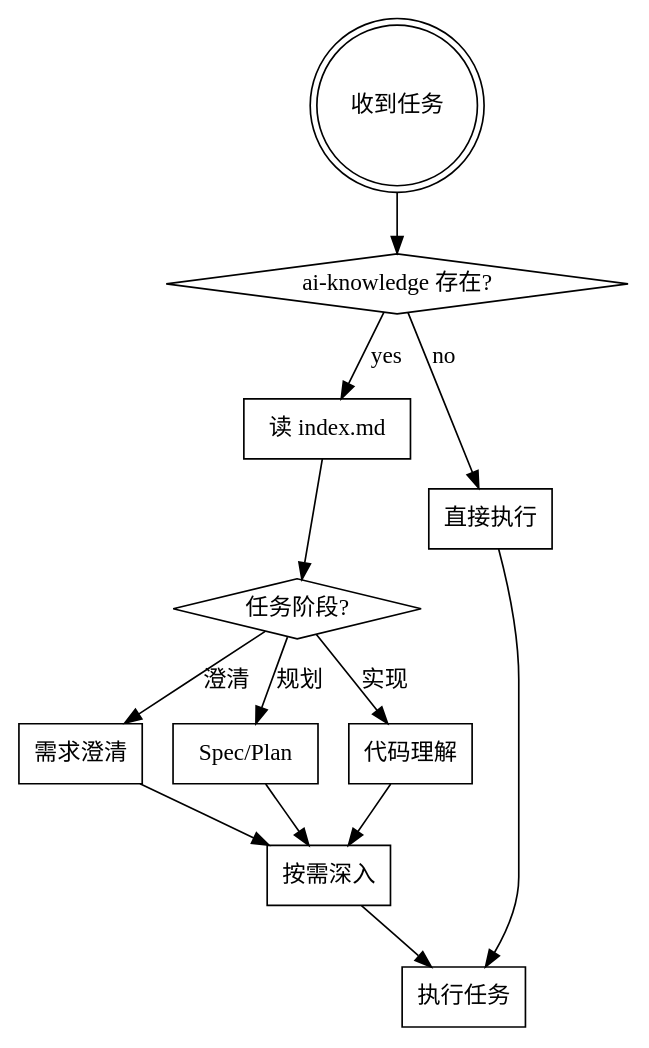
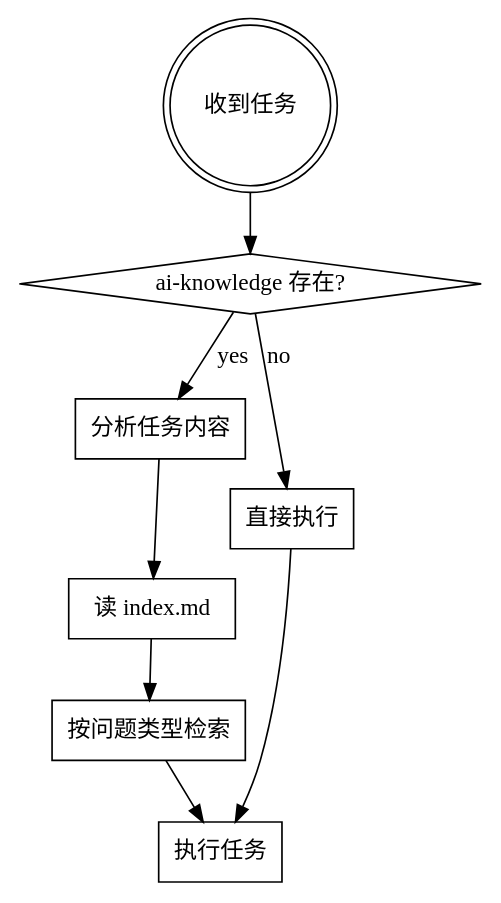
Before and after one commit to bo-zai/ai-knowledge: the diagram in src/skills/templates/use-knowledge/SKILL.md, drawn with Graphviz. The commit also changed other lines of this file, not shown here.

````diff
--- a/src/skills/templates/use-knowledge/SKILL.md
+++ b/src/skills/templates/use-knowledge/SKILL.md
@@ -84,27 +84,19 @@
 ```dot
 digraph when_to_use {
     "收到任务" [shape=doublecircle];
     "ai-knowledge 存在?" [shape=diamond];
-    "任务阶段?" [shape=diamond];
-    "需求澄清" [shape=box];
-    "Spec/Plan" [shape=box];
-    "代码理解" [shape=box];
+    "分析任务内容" [shape=box];
     "读 index.md" [shape=box];
-    "按需深入" [shape=box];
+    "按问题类型检索" [shape=box];
     "执行任务" [shape=box];
     "直接执行" [shape=box];
 
     "收到任务" -> "ai-knowledge 存在?";
-    "ai-knowledge 存在?" -> "读 index.md" [label="yes"];
+    "ai-knowledge 存在?" -> "分析任务内容" [label="yes"];
     "ai-knowledge 存在?" -> "直接执行" [label="no"];
-    "读 index.md" -> "任务阶段?";
-    "任务阶段?" -> "需求澄清" [label="澄清"];
-    "任务阶段?" -> "Spec/Plan" [label="规划"];
-    "任务阶段?" -> "代码理解" [label="实现"];
-    "需求澄清" -> "按需深入";
-    "Spec/Plan" -> "按需深入";
-    "代码理解" -> "按需深入";
-    "按需深入" -> "执行任务";
+    "分析任务内容" -> "读 index.md";
+    "读 index.md" -> "按问题类型检索";
+    "按问题类型检索" -> "执行任务";
     "直接执行" -> "执行任务";
 }
 ```
````
